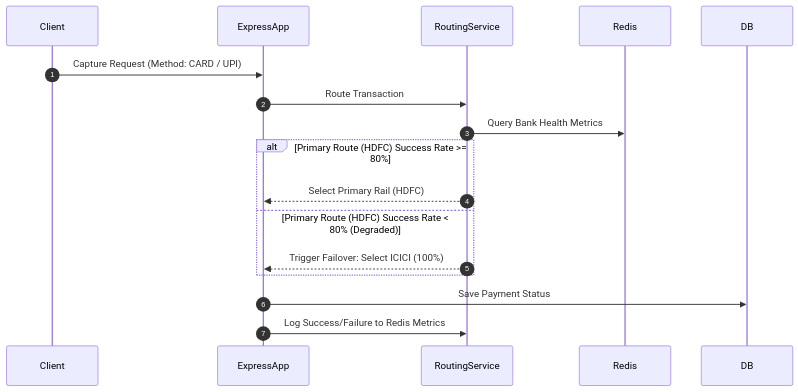
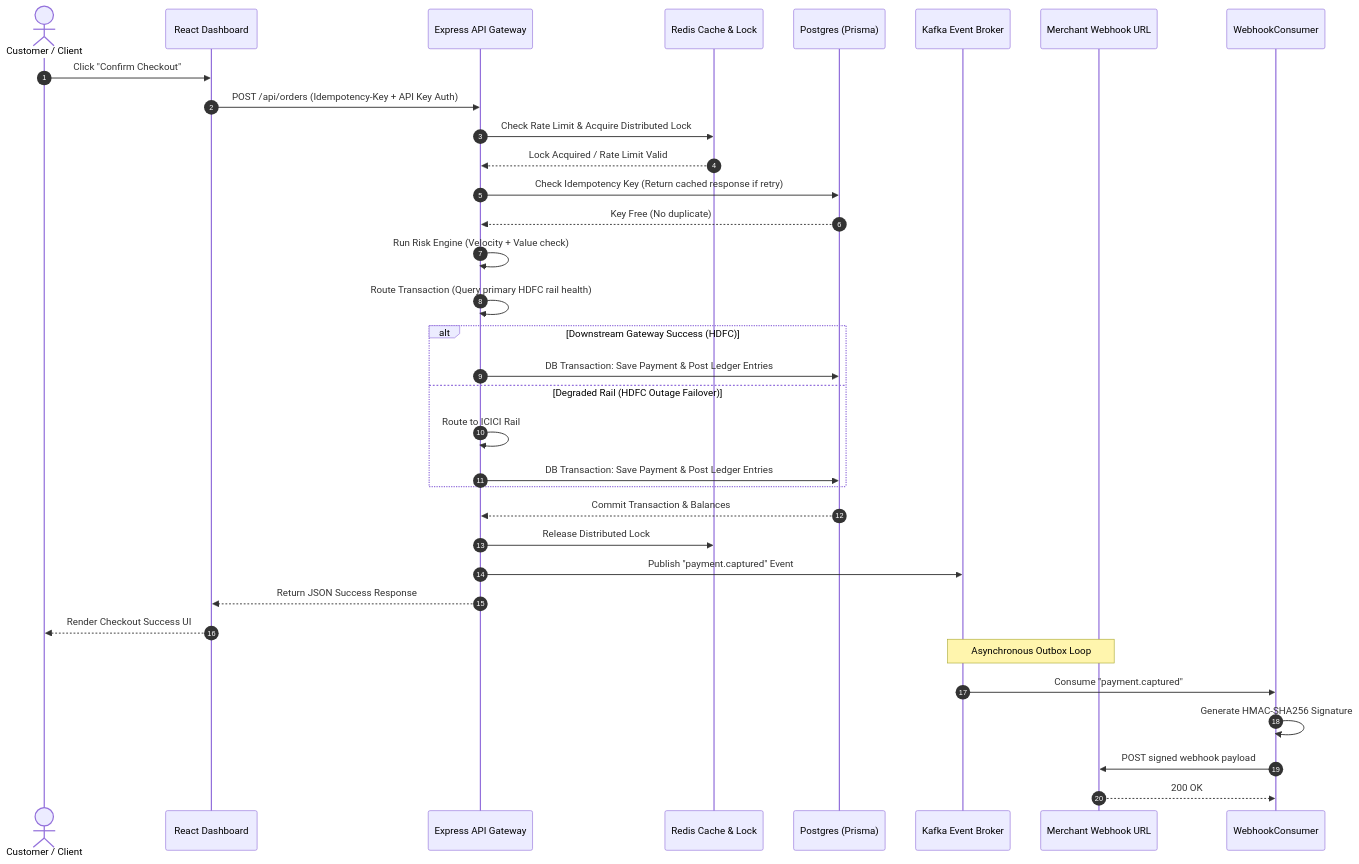
One commit to Prudhvi-2412/PayNexus changed the second of 11 diagrams in architecture.md. Above: the diagram before and after it, drawn with Mermaid. The commit also changed other lines of this file, not shown here.

````diff
--- a/architecture.md
+++ b/architecture.md
@@ -65,16 +97,39 @@
 ```mermaid
 sequenceDiagram
     autonumber
-    Client->>ExpressApp: Capture Request (Method: CARD / UPI)
-    ExpressApp->>RoutingService: Route Transaction
-    RoutingService->>Redis: Query Bank Health Metrics
+    actor Customer as Customer / Client
+    participant FE as React Dashboard
+    participant BE as Express API Gateway
+    participant Redis as Redis Cache & Lock
+    participant DB as Postgres (Prisma)
+    participant Kafka as Kafka Event Broker
+    participant Merchant as Merchant Webhook URL
+
+    Customer->>FE: Click "Confirm Checkout"
+    FE->>BE: POST /api/orders (Idempotency-Key + API Key Auth)
+    BE->>Redis: Check Rate Limit & Acquire Distributed Lock
+    Redis-->>BE: Lock Acquired / Rate Limit Valid
+    BE->>DB: Check Idempotency Key (Return cached response if retry)
+    DB-->>BE: Key Free (No duplicate)
+    BE->>BE: Run Risk Engine (Velocity + Value check)
+    BE->>BE: Route Transaction (Query primary HDFC rail health)
     
-    alt Primary Route (HDFC) Success Rate >= 80%
-        RoutingService-->>ExpressApp: Select Primary Rail (HDFC)
-    else Primary Route (HDFC) Success Rate < 80% (Degraded)
-        RoutingService-->>ExpressApp: Trigger Failover: Select ICICI (100%)
+    alt Downstream Gateway Success (HDFC)
+        BE->>DB: DB Transaction: Save Payment & Post Ledger Entries
+    else Degraded Rail (HDFC Outage Failover)
+        BE->>BE: Route to ICICI Rail
+        BE->>DB: DB Transaction: Save Payment & Post Ledger Entries
     end
     
-    ExpressApp->>DB: Save Payment Status
-    ExpressApp->>RoutingService: Log Success/Failure to Redis Metrics
+    DB-->>BE: Commit Transaction & Balances
+    BE->>Redis: Release Distributed Lock
+    BE->>Kafka: Publish "payment.captured" Event
+    BE-->>FE: Return JSON Success Response
+    FE-->>Customer: Render Checkout Success UI
+    
+    Note over Kafka, Merchant: Asynchronous Outbox Loop
+    Kafka->>WebhookConsumer: Consume "payment.captured"
+    WebhookConsumer->>WebhookConsumer: Generate HMAC-SHA256 Signature
+    WebhookConsumer->>Merchant: POST signed webhook payload
+    Merchant-->>WebhookConsumer: 200 OK
 ```
````
